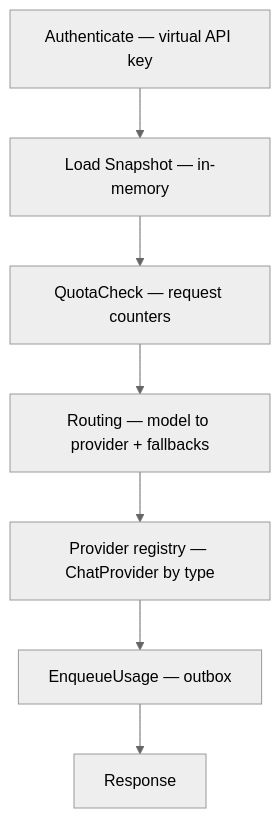
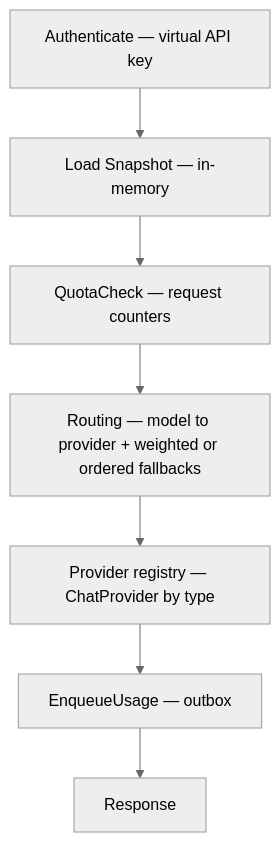
Before and after one commit to curefatih/afi: the first of 2 diagrams in docs/development/architecture.md, drawn with Mermaid (neutral theme). The commit also changed other lines of this file and 29 other files, not shown here.

First line of the commit message:
Feat/weighted adaptive routing (#25)

````diff
--- a/docs/development/architecture.md
+++ b/docs/development/architecture.md
@@ -31,12 +31,12 @@
 ```mermaid
 flowchart TD
   A[Authenticate — virtual API key]
   B[Load Snapshot — in-memory]
   C[QuotaCheck — request counters]
-  D[Routing — model to provider + fallbacks]
+  D[Routing — model to provider + weighted or ordered fallbacks]
   E[Provider registry — ChatProvider by type]
   F[EnqueueUsage — outbox]
   G[Response]
 
   A --> B --> C --> D --> E --> F --> G
 ```
````
